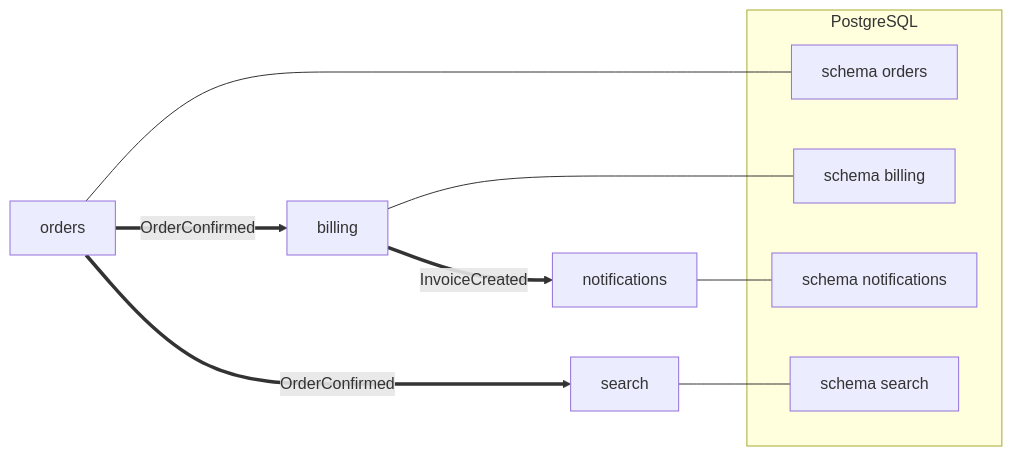
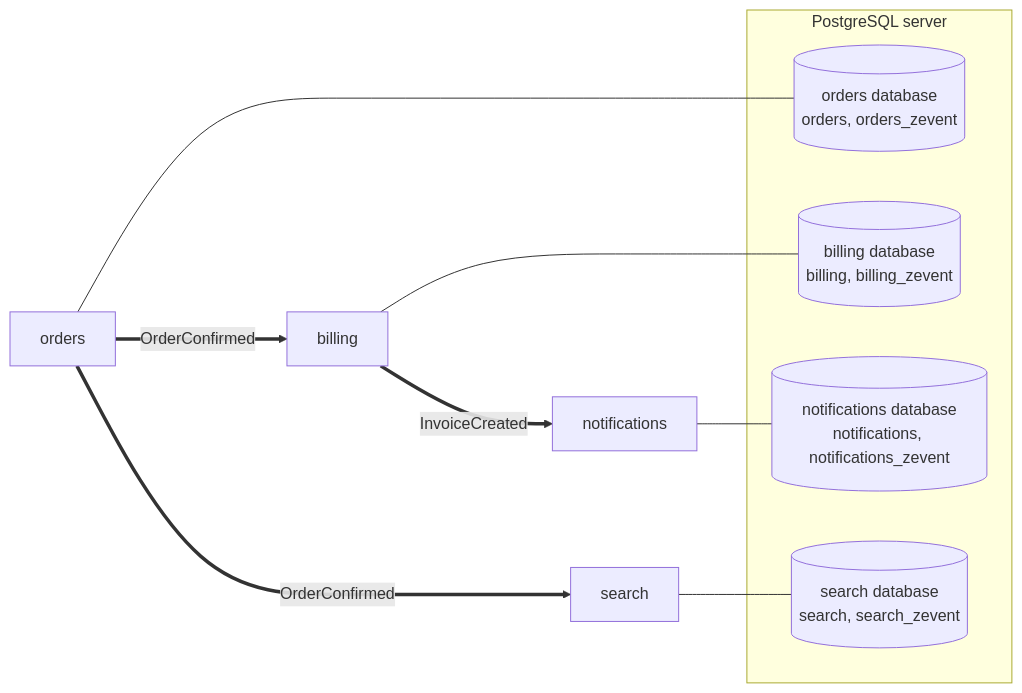
The fourth of 4 diagrams in docs/guide.md (eugenezimin/z-event), drawn with Mermaid before and after one commit. The commit also changed other lines of this file and 3 other files, not shown here.

First line of the commit message:
Document the separate z-event schema and connection pool

````diff
--- a/docs/guide.md
+++ b/docs/guide.md
@@ -426,16 +431,16 @@
 ```mermaid
 flowchart LR
-    subgraph PG["PostgreSQL"]
-        SO["schema orders"]
-        SB["schema billing"]
-        SN["schema notifications"]
-        SS["schema search"]
+    subgraph DBS["PostgreSQL server"]
+        SO[("orders database<br/>orders, orders_zevent")]
+        SB[("billing database<br/>billing, billing_zevent")]
+        SN[("notifications database<br/>notifications, notifications_zevent")]
+        SS[("search database<br/>search, search_zevent")]
     end
     O["orders"] --- SO
     B["billing"] --- SB
     N["notifications"] --- SN
     S["search"] --- SS
     O ==>|"OrderConfirmed"| B
     O ==>|"OrderConfirmed"| S
     B ==>|"InvoiceCreated"| N
 ```
````
